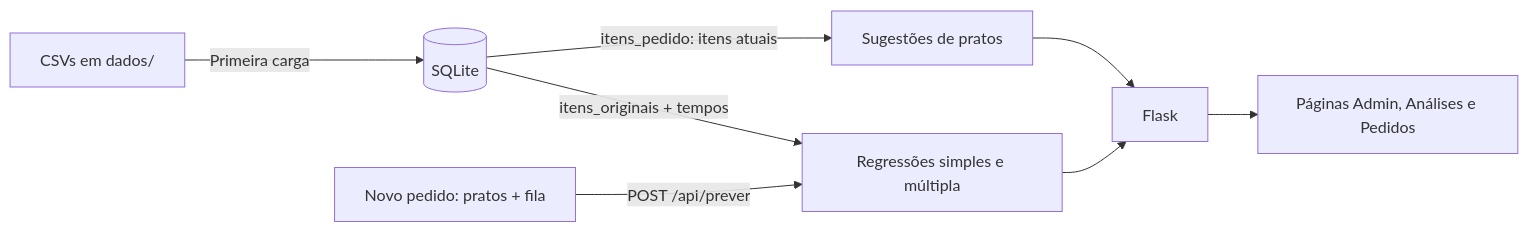
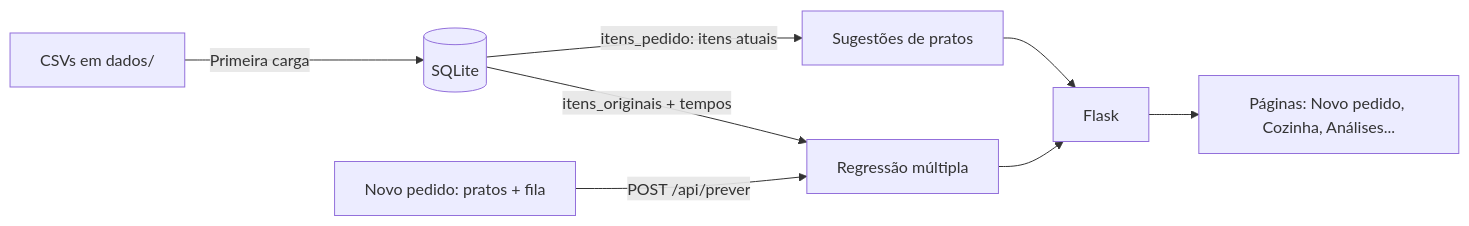
One commit to hudsonadev/Restaurante changed the diagram in DOCUMENTACAO.md. Above: the diagram before and after it, drawn with Mermaid. The commit also changed other lines of this file and 56 other files, not shown here.

````diff
--- a/DOCUMENTACAO.md
+++ b/DOCUMENTACAO.md
@@ -16,10 +16,10 @@
 ```mermaid
 flowchart LR
     CSV[CSVs em dados/] -->|Primeira carga| DB[(SQLite)]
-    DB -->|itens_originais + tempos| REG[Regressões simples e múltipla]
+    DB -->|itens_originais + tempos| REG[Regressão múltipla]
     DB -->|itens_pedido: itens atuais| REC[Sugestões de pratos]
     UI[Novo pedido: pratos + fila] -->|POST /api/prever| REG
     REG --> API[Flask]
     REC --> API
-    API --> P[Páginas Admin, Análises e Pedidos]
+    API --> P[Páginas: Novo pedido, Cozinha, Análises...]
 ```
````
